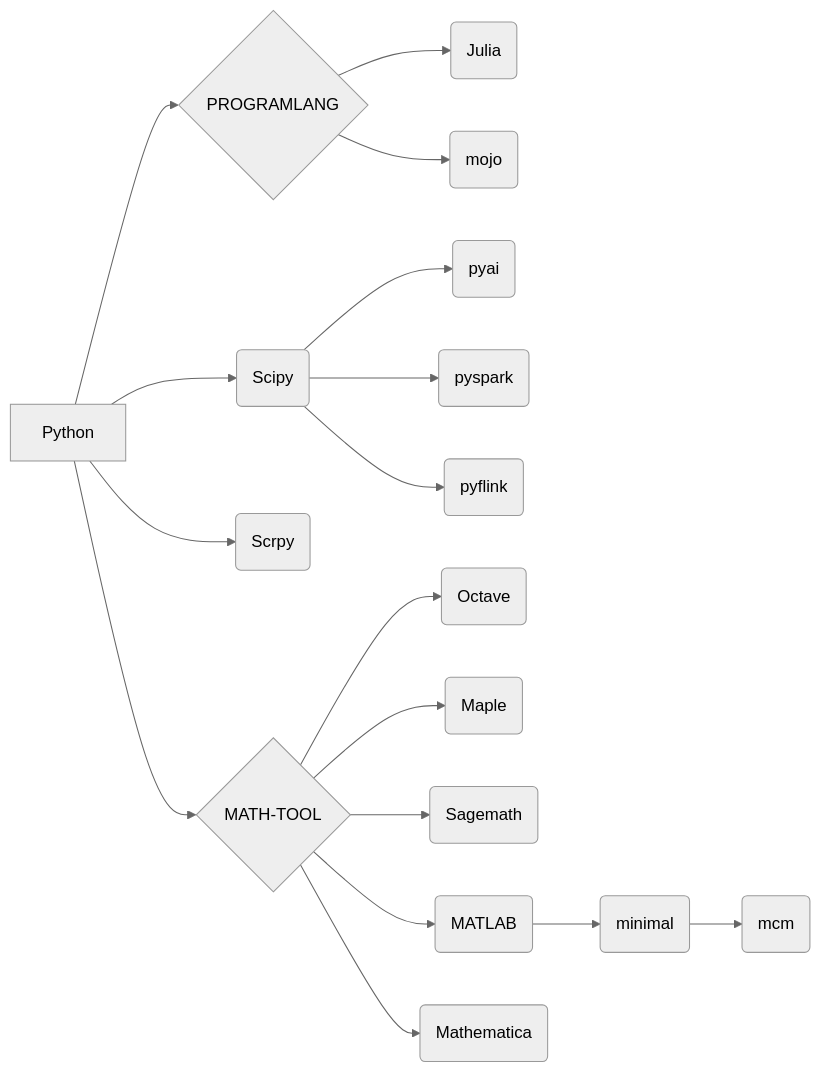
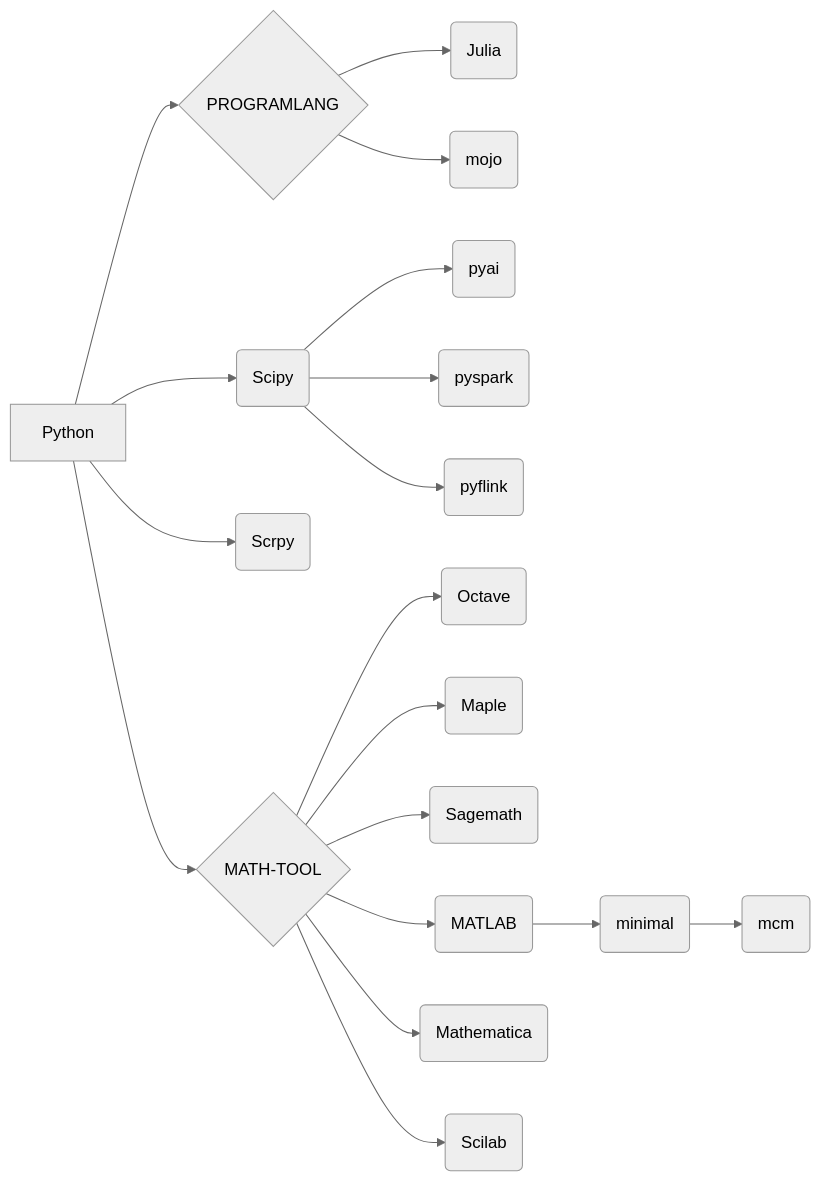
One commit to ben0i0d/jupyter changed the diagram in README.md. Above: the diagram before and after it, drawn with Mermaid (neutral theme). The commit also changed other lines of this file and 2 other files, not shown here.

Commit message:
repair scilab(this is ready)

````diff
--- a/README.md
+++ b/README.md
@@ -73,16 +71,17 @@
 ```mermaid
 graph LR
 Python-->PROGRAM{PROGRAMLANG}
 PROGRAM-->PC(Julia)
 PROGRAM-->PR(mojo)
 Python-->PRA(Scipy)
 Python-->PRB(Scrpy)
 PRA-->PRAA(pyai)
 PRA-->PRAB(pyspark)
 PRA-->PRAC(pyflink)
 Python-->MATH{MATH-TOOL}-->MA(Octave)
 MATH-->MB(Maple)
 MATH-->MC(Sagemath)
 MATH-->MD(MATLAB)-->MDA(minimal)-->MDAA(mcm)
 MATH-->ME(Mathematica)
+MATH-->MF(Scilab)
 ```
````
